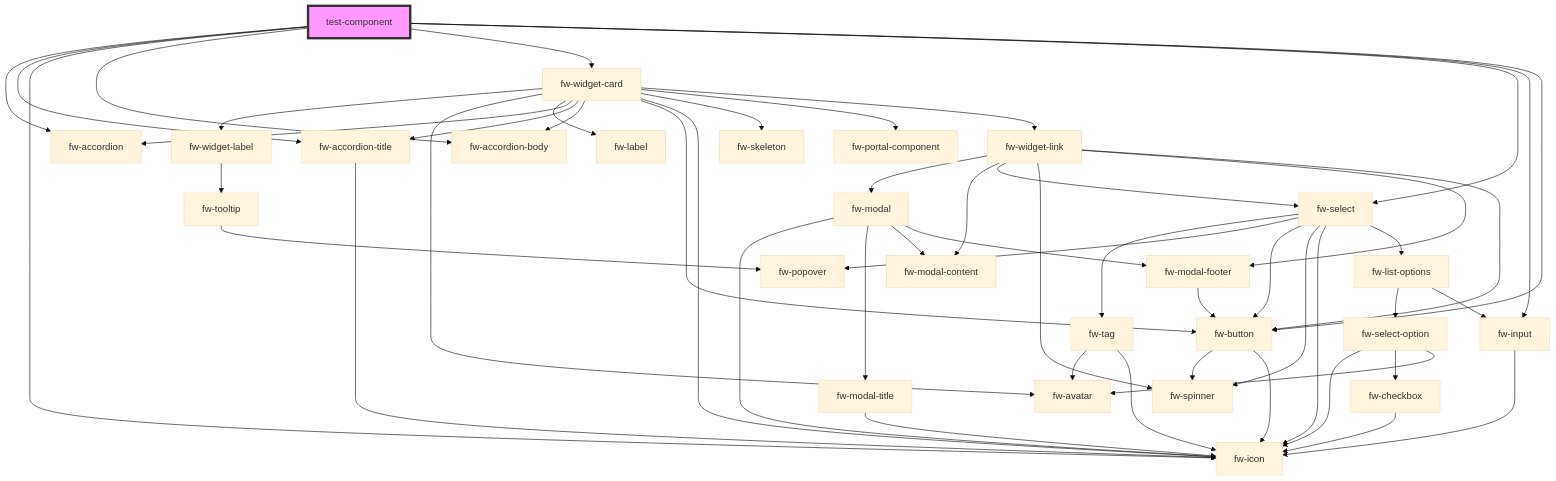
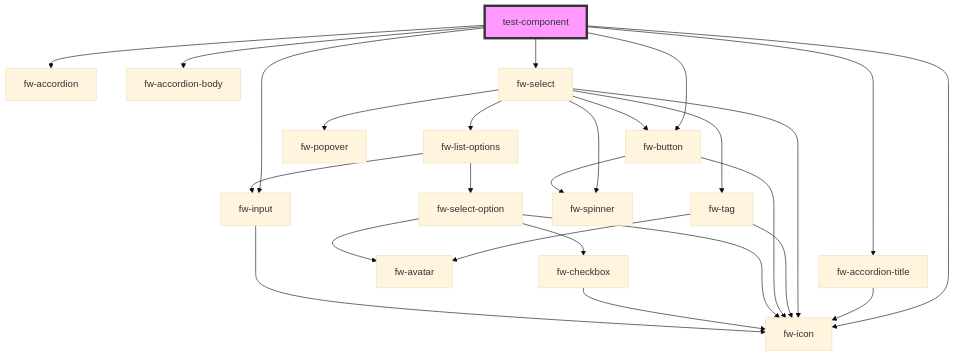
The diagram in packages/stencil-mfe/src/components/co-widgets/readme.md (arvindanta/mfe-playground), drawn with Mermaid (base theme) before and after one commit. The commit also changed other lines of this file and 29 other files, not shown here.

````diff
--- a/packages/stencil-mfe/src/components/co-widgets/readme.md
+++ b/packages/stencil-mfe/src/components/co-widgets/readme.md
@@ -43,55 +42,29 @@
 ```mermaid
 graph TD;
   test-component --> fw-accordion
   test-component --> fw-accordion-title
   test-component --> fw-icon
   test-component --> fw-accordion-body
-  test-component --> fw-widget-card
   test-component --> fw-select
   test-component --> fw-input
   test-component --> fw-button
   fw-accordion-title --> fw-icon
-  fw-widget-card --> fw-widget-label
-  fw-widget-card --> fw-avatar
-  fw-widget-card --> fw-label
-  fw-widget-card --> fw-accordion
-  fw-widget-card --> fw-accordion-title
-  fw-widget-card --> fw-accordion-body
-  fw-widget-card --> fw-button
-  fw-widget-card --> fw-icon
-  fw-widget-card --> fw-skeleton
-  fw-widget-card --> fw-portal-component
-  fw-widget-card --> fw-widget-link
-  fw-widget-label --> fw-tooltip
-  fw-tooltip --> fw-popover
-  fw-button --> fw-spinner
-  fw-button --> fw-icon
-  fw-widget-link --> fw-modal
-  fw-widget-link --> fw-modal-content
-  fw-widget-link --> fw-select
-  fw-widget-link --> fw-spinner
-  fw-widget-link --> fw-modal-footer
-  fw-widget-link --> fw-button
-  fw-modal --> fw-icon
-  fw-modal --> fw-modal-title
-  fw-modal --> fw-modal-content
-  fw-modal --> fw-modal-footer
-  fw-modal-title --> fw-icon
-  fw-modal-footer --> fw-button
   fw-select --> fw-tag
   fw-select --> fw-popover
   fw-select --> fw-button
   fw-select --> fw-spinner
   fw-select --> fw-icon
   fw-select --> fw-list-options
   fw-tag --> fw-avatar
   fw-tag --> fw-icon
+  fw-button --> fw-spinner
+  fw-button --> fw-icon
   fw-list-options --> fw-select-option
   fw-list-options --> fw-input
   fw-select-option --> fw-icon
   fw-select-option --> fw-checkbox
   fw-select-option --> fw-avatar
   fw-checkbox --> fw-icon
   fw-input --> fw-icon
   style test-component fill:#f9f,stroke:#333,stroke-width:4px
 ```
````
